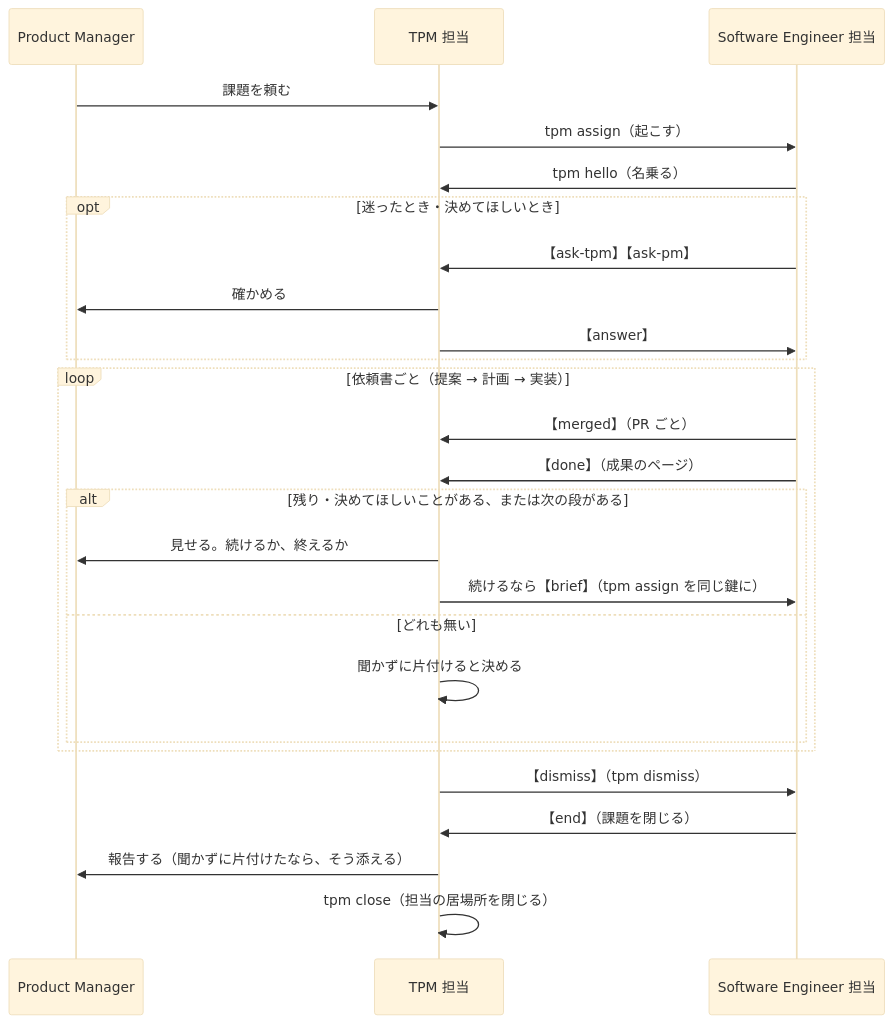
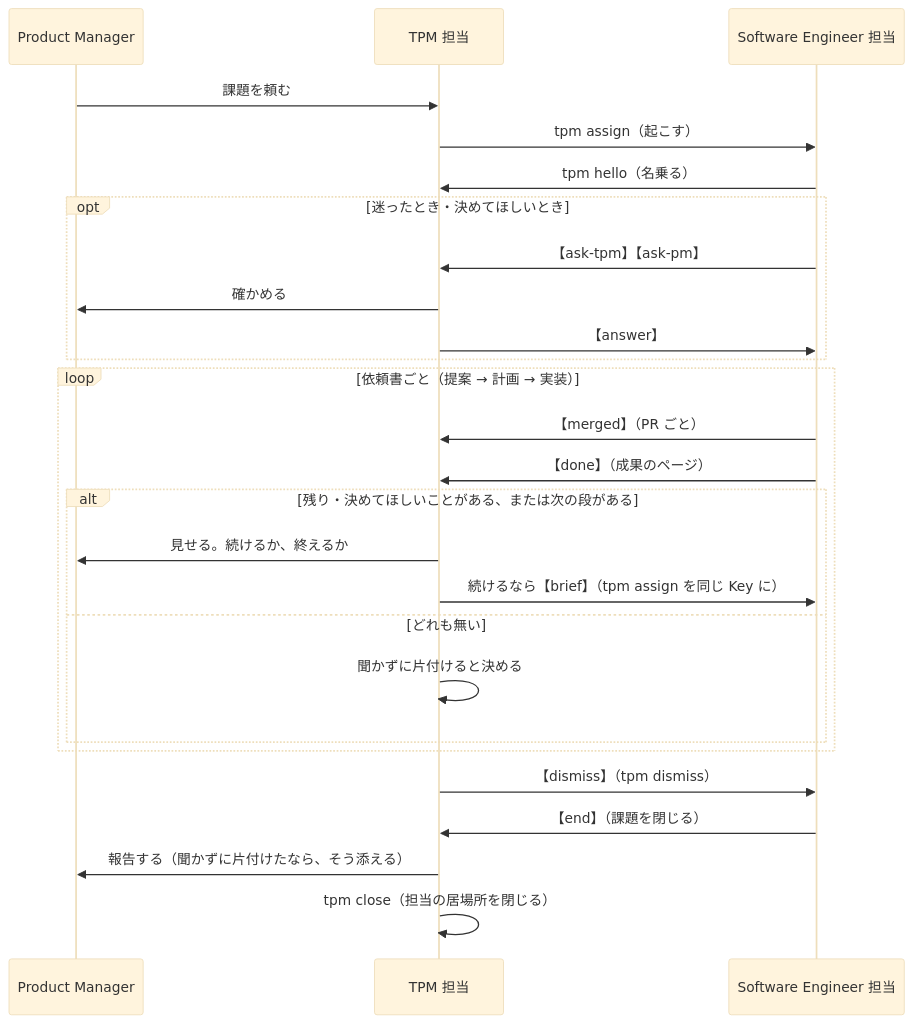
The second of 2 diagrams in docs-site/src/content/docs/protocol.md (uraitakahito/roster), drawn with Mermaid (base theme) before and after one commit. The commit also changed other lines of this file and 33 other files, not shown here.

````diff
--- a/docs-site/src/content/docs/protocol.md
+++ b/docs-site/src/content/docs/protocol.md
@@ -71,28 +71,28 @@
 ```mermaid
 sequenceDiagram
   participant PM as Product Manager
   participant TPM as TPM 担当
   participant SE as Software Engineer 担当
   PM->>TPM: 課題を頼む
   TPM->>SE: tpm assign（起こす）
   SE->>TPM: tpm hello（名乗る）
   opt 迷ったとき・決めてほしいとき
     SE->>TPM: 【ask-tpm】【ask-pm】
     TPM->>PM: 確かめる
     TPM->>SE: 【answer】
   end
   loop 依頼書ごと（提案 → 計画 → 実装）
     SE->>TPM: 【merged】（PR ごと）
     SE->>TPM: 【done】（成果のページ）
     alt 残り・決めてほしいことがある、または次の段がある
       TPM->>PM: 見せる。続けるか、終えるか
-      TPM->>SE: 続けるなら【brief】（tpm assign を同じ鍵に）
+      TPM->>SE: 続けるなら【brief】（tpm assign を同じ Key に）
     else どれも無い
       TPM->>TPM: 聞かずに片付けると決める
     end
   end
   TPM->>SE: 【dismiss】（tpm dismiss）
   SE->>TPM: 【end】（課題を閉じる）
   TPM->>PM: 報告する（聞かずに片付けたなら、そう添える）
   TPM->>TPM: tpm close（担当の居場所を閉じる）
 ```
````
